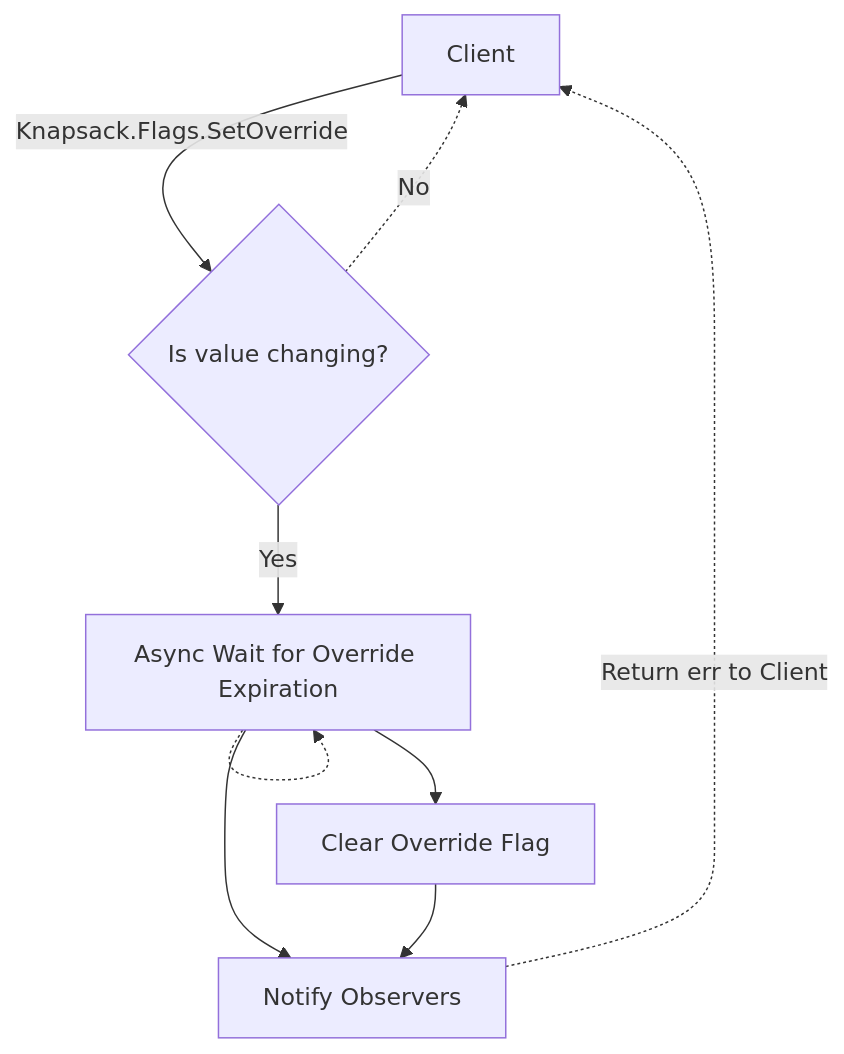
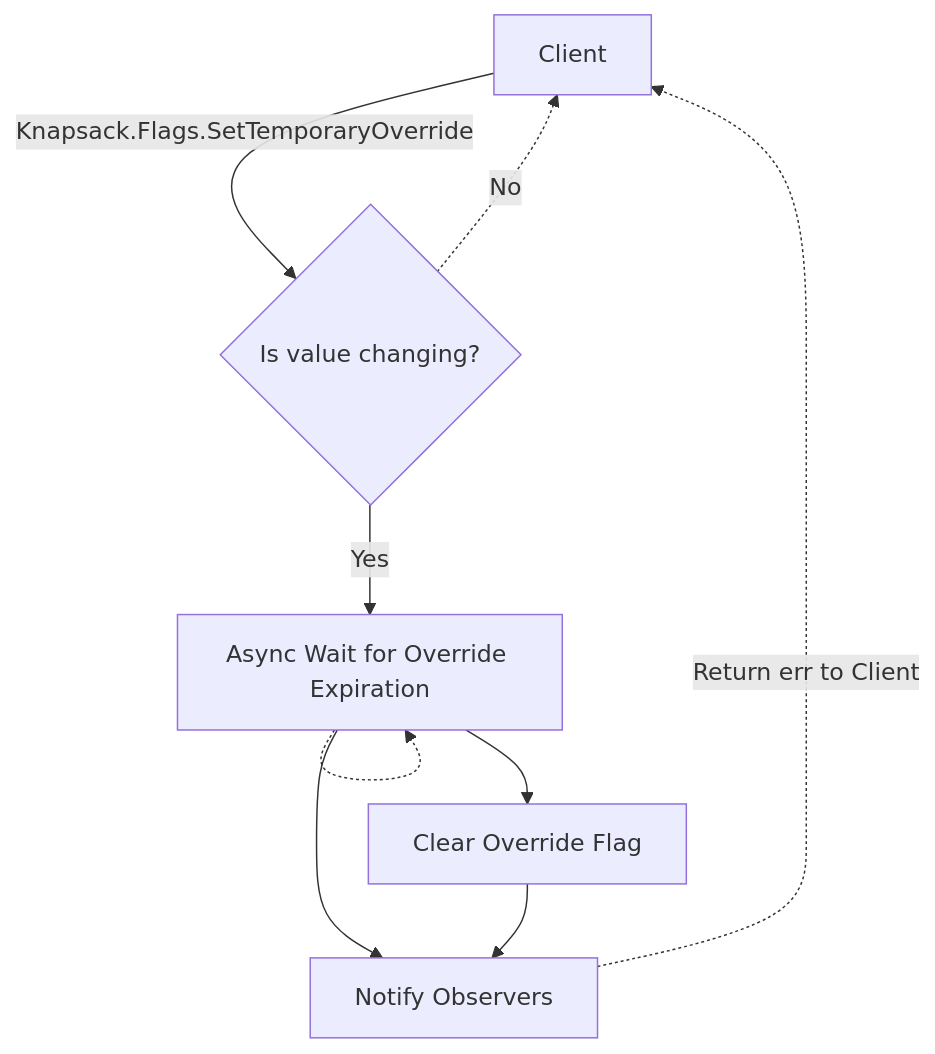
Before and after one commit to kolide/launcher: the third of 3 diagrams in docs/architecture/flags.md, drawn with Mermaid. The commit also changed other lines of this file and 1 other file, not shown here.

````diff
--- a/docs/architecture/flags.md
+++ b/docs/architecture/flags.md
@@ -52,22 +61,22 @@
 ```mermaid
 flowchart TB
     Client[Client]
     Store[Store Override Flag]
     Notify[Notify Observers]
     Override{Is value changing?}
     Store[Async Wait for Override Expiration]
     CmdLine[Clear Override Flag]
 
-    Client -->|Knapsack.Flags.SetOverride|Override
+    Client -->|"Knapsack.Flags.SetTemporaryOverride"|Override
 
     Override -->|Yes| Store
     Override -.->|No| Client
 
     Store -.-> Store
     Store --> Notify
 
     Store -->CmdLine
     CmdLine -->Notify
 
     Notify -.->|Return err to Client| Client
 ```
````
